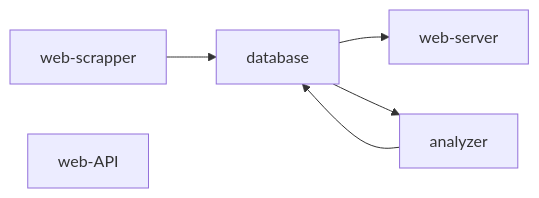
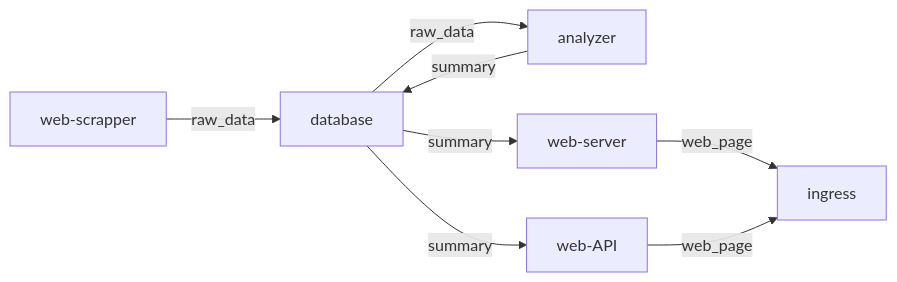
Before and after one commit to AkamioRui/S1-3-2-Scalable-Resilient-Microservices-with-MicroK8s: the diagram in README.md, drawn with Mermaid. The commit also changed other lines of this file and 4 other files, not shown here.

````diff
--- a/README.md
+++ b/README.md
@@ -11,16 +11,13 @@
 ```mermaid
 graph LR
     WC[web-scrapper]
     AN[analyzer]
     DB[database]
     WA[web-API]
     WS[web-server]
 
-    WC --> DB --> WS
-    DB --> AN --> DB
-    
-    
-
-
-
+    WC --raw_data--> DB 
+    DB --raw_data--> AN --summary--> DB
+    DB --summary--> WS & WA
+    WS & WA --web_page--> ingress
 ```
````
